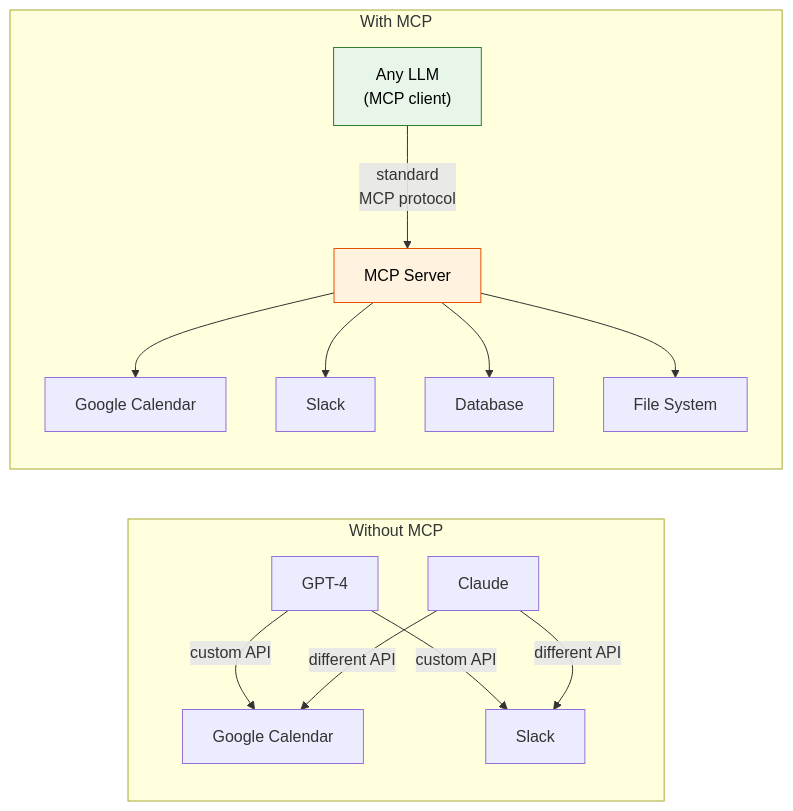
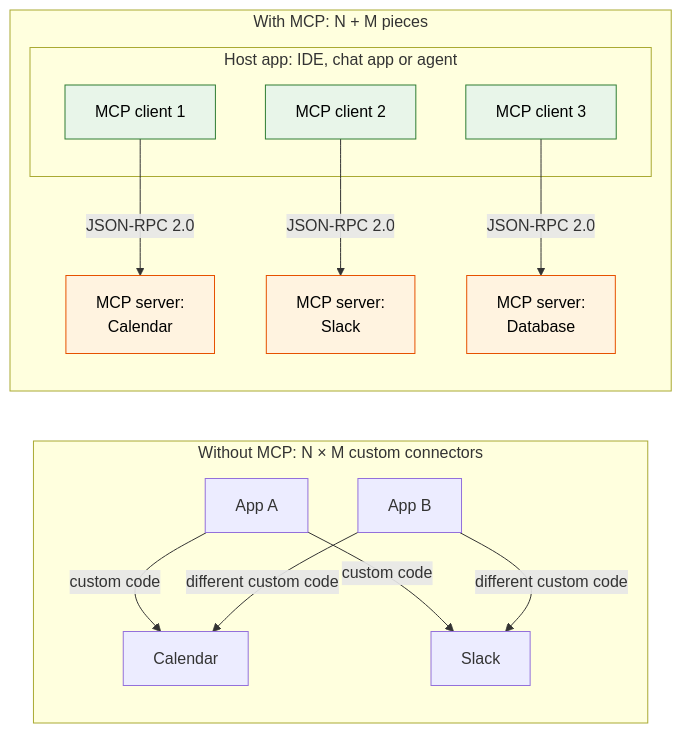
One commit to Hmago/ml4 changed diagram 22 of 26 in content/34b_google_top10_ml_interview_part2.md. Above: the diagram before and after it, drawn with Mermaid. The commit also changed other lines of this file and 59 other files, not shown here.

````diff
--- a/content/34b_google_top10_ml_interview_part2.md
+++ b/content/34b_google_top10_ml_interview_part2.md
@@ -1603,20 +2595,27 @@
 ```mermaid
 graph LR
-    subgraph "Without MCP"
-        M1["GPT-4"] -->|"custom API"| T1["Google Calendar"]
-        M1 -->|"custom API"| T2["Slack"]
-        M2["Claude"] -->|"different API"| T1
-        M2 -->|"different API"| T2
+    subgraph "Without MCP: N × M custom connectors"
+        A1["App A"] -->|"custom code"| T1["Calendar"]
+        A1 -->|"custom code"| T2["Slack"]
+        A2["App B"] -->|"different custom code"| T1
+        A2 -->|"different custom code"| T2
     end
 
-    subgraph "With MCP"
-        M3["Any LLM<br/>(MCP client)"] -->|"standard<br/>MCP protocol"| SERVER["MCP Server"]
-        SERVER --> T3["Google Calendar"]
-        SERVER --> T4["Slack"]
-        SERVER --> T5["Database"]
-        SERVER --> T6["File System"]
+    subgraph "With MCP: N + M pieces"
+        subgraph HOST["Host app: IDE, chat app or agent"]
+            C1["MCP client 1"]
+            C2["MCP client 2"]
+            C3["MCP client 3"]
+        end
+        C1 -->|"JSON-RPC 2.0"| S1["MCP server:<br/>Calendar"]
+        C2 -->|"JSON-RPC 2.0"| S2["MCP server:<br/>Slack"]
+        C3 -->|"JSON-RPC 2.0"| S3["MCP server:<br/>Database"]
     end
 
-    style SERVER fill:#fff3e0,stroke:#e65100,color:#000
-    style M3 fill:#e8f5e9,stroke:#2e7d32,color:#000
+    style S1 fill:#fff3e0,stroke:#e65100,color:#000
+    style S2 fill:#fff3e0,stroke:#e65100,color:#000
+    style S3 fill:#fff3e0,stroke:#e65100,color:#000
+    style C1 fill:#e8f5e9,stroke:#2e7d32,color:#000
+    style C2 fill:#e8f5e9,stroke:#2e7d32,color:#000
+    style C3 fill:#e8f5e9,stroke:#2e7d32,color:#000
 ```
````
